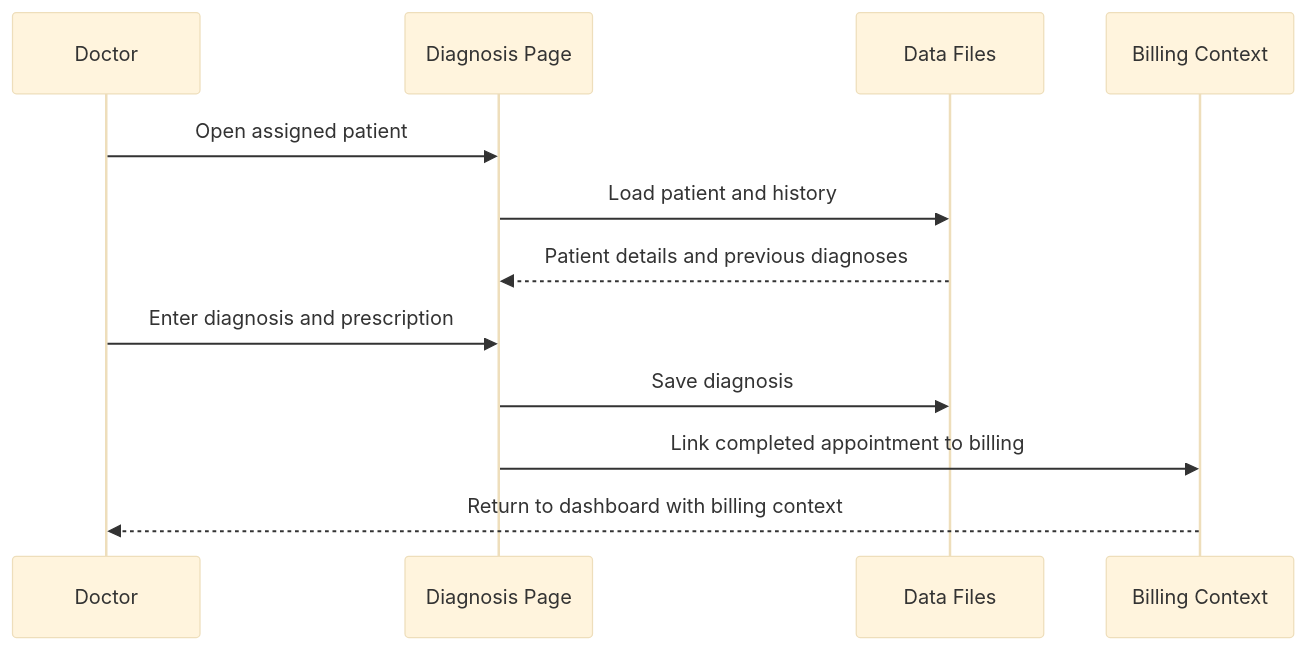
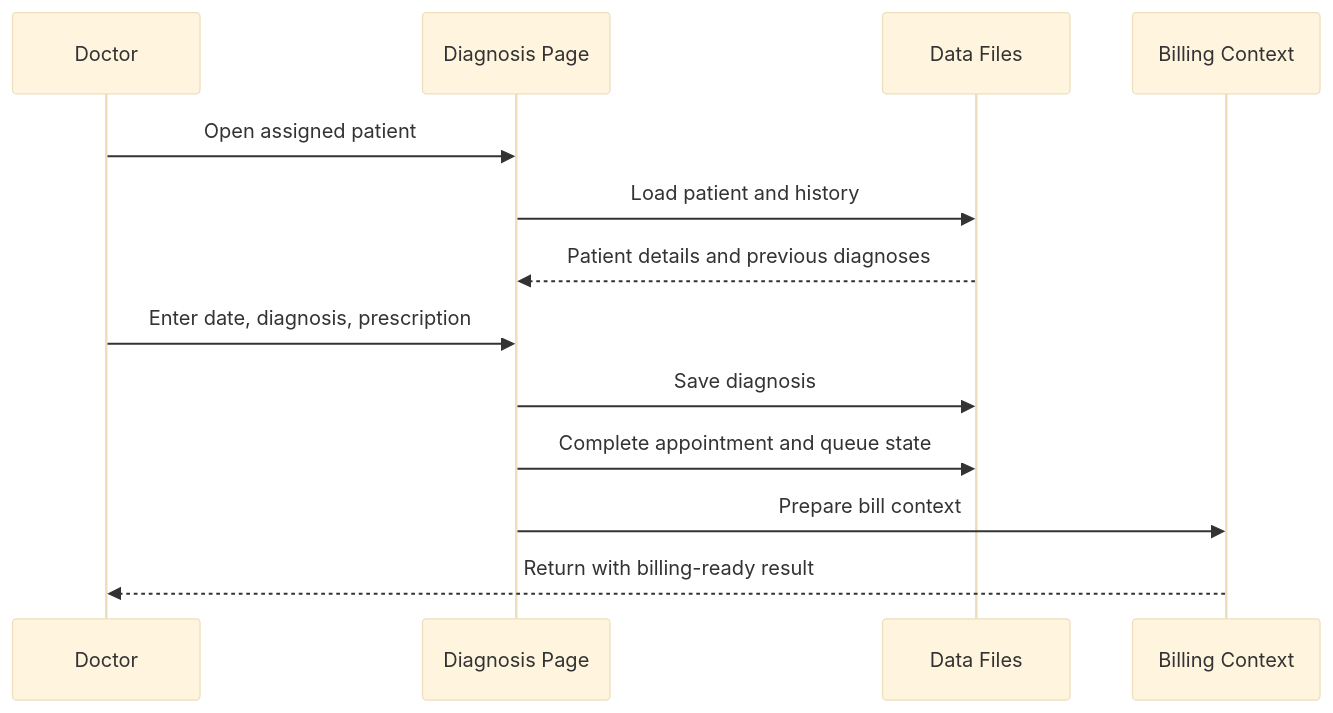
The fourth of 7 diagrams in SYSTEM_FLOW.md (shaahir27/HealthDesk), drawn with Mermaid (base theme) before and after one commit. The commit also changed other lines of this file and 19 other files, not shown here.

````diff
--- a/SYSTEM_FLOW.md
+++ b/SYSTEM_FLOW.md
@@ -266,15 +358,16 @@
 ```mermaid
 sequenceDiagram
     participant Doctor
     participant DiagnosisPage as Diagnosis Page
     participant Files as Data Files
     participant Billing as Billing Context
 
     Doctor->>DiagnosisPage: Open assigned patient
     DiagnosisPage->>Files: Load patient and history
     Files-->>DiagnosisPage: Patient details and previous diagnoses
-    Doctor->>DiagnosisPage: Enter diagnosis and prescription
+    Doctor->>DiagnosisPage: Enter date, diagnosis, prescription
     DiagnosisPage->>Files: Save diagnosis
-    DiagnosisPage->>Billing: Link completed appointment to billing
-    Billing-->>Doctor: Return to dashboard with billing context
+    DiagnosisPage->>Files: Complete appointment and queue state
+    DiagnosisPage->>Billing: Prepare bill context
+    Billing-->>Doctor: Return with billing-ready result
 ```
````
